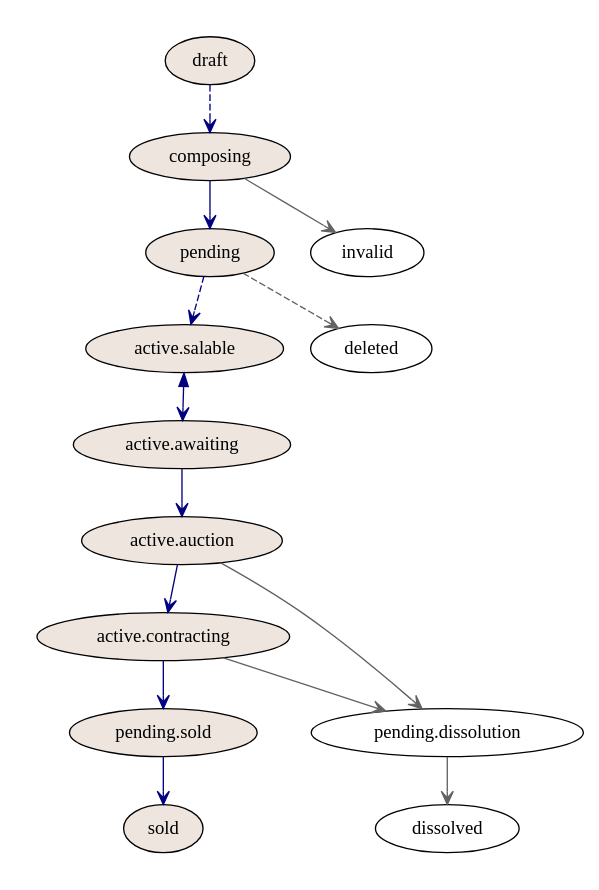
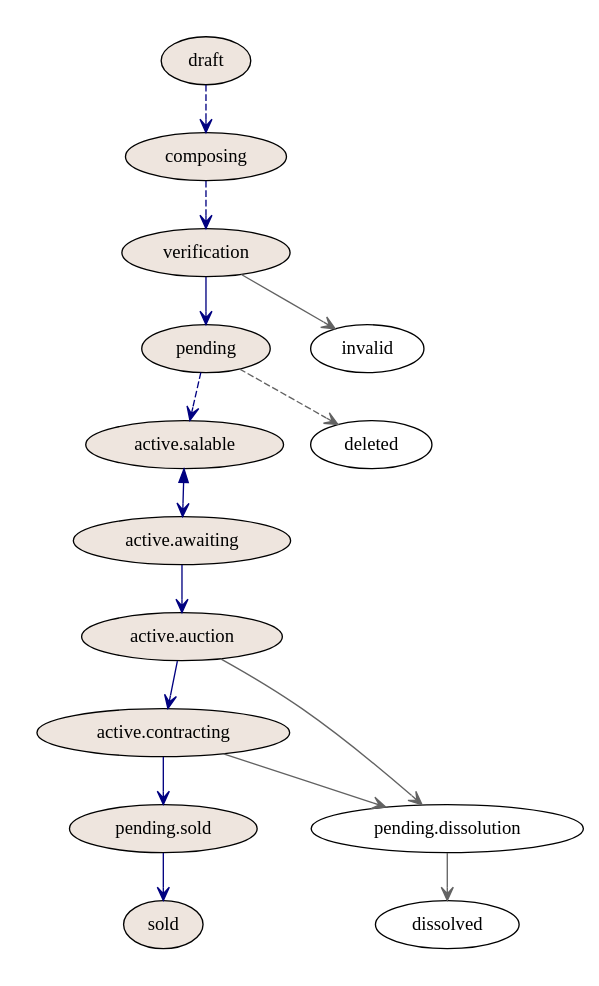
The diagram in docs/source/lotsWorkflow.rst (yevheniimoroziuk/openregistry.lots.loki), drawn with Graphviz before and after one commit.

Commit message:
Change lotWorkflow by adding verification status

```diff
--- a/docs/source/lotsWorkflow.rst
+++ b/docs/source/lotsWorkflow.rst
@@ -6,38 +6,40 @@
 .. graphviz::
 
     digraph G {
             subgraph cluster_1 {
                     node [style=filled, fillcolor=seashell2];
                     edge[style=dashed,  arrowhead="vee"];
                     "draft" -> "composing" [color="0.6667 1.0000 0.5020"];
+                    edge[style=dashed,  arrowhead="vee"];
+                    "composing" -> "verification" [color="0.6667 1.0000 0.5020"];
                     edge[style=solid,  arrowhead="vee"];
-                    "composing" -> "pending" [color="0.6667 1.0000 0.5020"];
+                    "verification" -> "pending" [color="0.6667 1.0000 0.5020"];
                     edge[style=dashed,  arrowhead="vee"];
                     "pending" -> "active.salable" [color="0.6667 1.0000 0.5020"];
                     edge[style=solid,  dir="both"];
                     "active.salable" -> "active.awaiting" [color="0.6667 1.0000 0.5020"];
                     edge[dir="forward"];
                     "active.awaiting" -> "active.auction" [color="0.6667 1.0000 0.5020"];
                     edge[dir="forward"];
                     "active.auction" -> "active.contracting" [color="0.6667 1.0000 0.5020"];
                     edge[dir="forward"];
                     "active.contracting" -> "pending.sold" [color="0.6667 1.0000 0.5020"];
                     edge[dir="forward"];
                     "pending.sold" -> "sold" [color="0.6667 1.0000 0.5020"];
                     color=white;
             } 
 
             edge[style=solid, arrowhead="vee"]
-            "composing" -> "invalid" [color="0.0000 0.0000 0.3882"];
+            "verification" -> "invalid" [color="0.0000 0.0000 0.3882"];
             edge[style=dashed, arrowhead="vee"]
             "pending" -> "deleted" [color="0.0000 0.0000 0.3882"];
             edge[style=solid];
             node [style=solid];
             edge[style=solid];
             "active.auction" -> "pending.dissolution" [color="0.0000 0.0000 0.3882"];
             edge[style=solid];
             "active.contracting" -> "pending.dissolution" [color="0.0000 0.0000 0.3882"];
             edge[style=solid];
             node [style=solid];
             "pending.dissolution" -> "dissolved" [color="0.0000 0.0000 0.3882"];
     }
```
